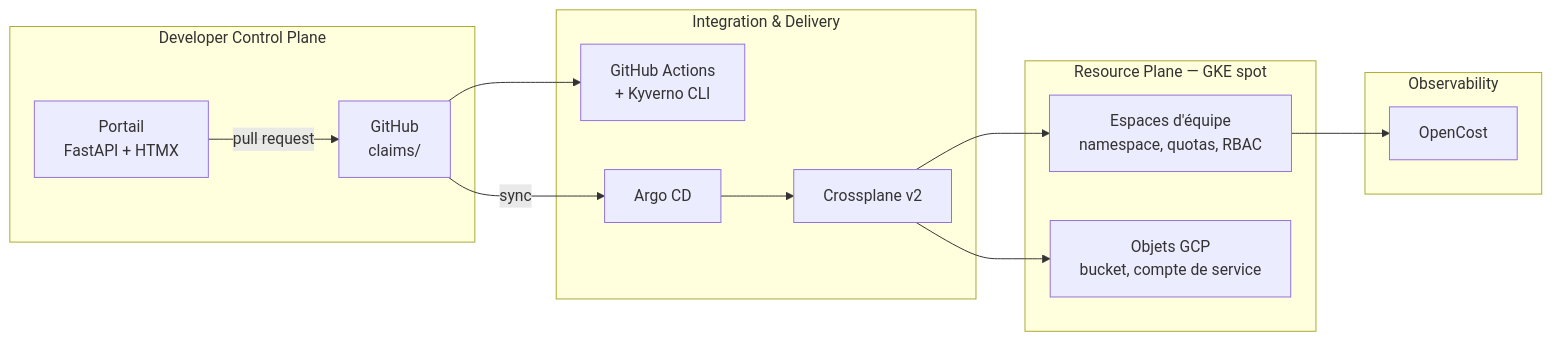
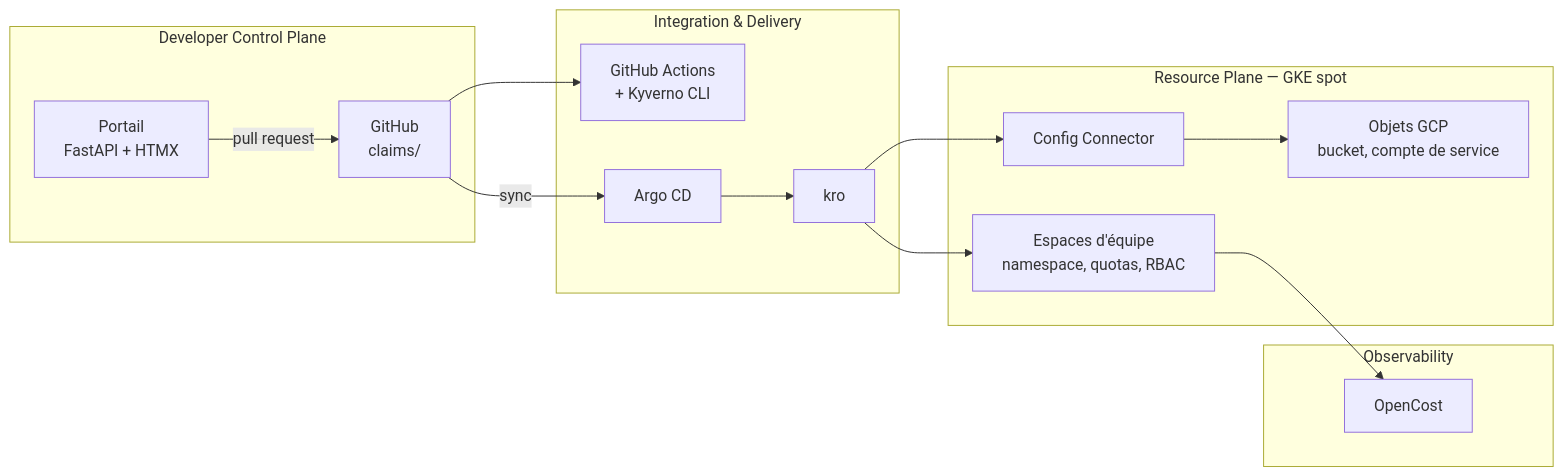
One commit to Shinr0/Shinr0.github.io changed the diagram in content/posts/idp-ephemere/00-plan-de-bataille/index.md. Above: the diagram before and after it, drawn with Mermaid. The commit also changed other lines of this file and 1 other file, not shown here.

Commit message:
docs(blog): episode 0 — kro on top of Config Connector as platform API

```diff
--- a/content/posts/idp-ephemere/00-plan-de-bataille/index.md
+++ b/content/posts/idp-ephemere/00-plan-de-bataille/index.md
@@ -128,30 +143,32 @@
 {{< mermaid >}}
 flowchart LR
   subgraph dev["Developer Control Plane"]
     PORTAL["Portail\nFastAPI + HTMX"]
     GH["GitHub\nclaims/"]
   end
 
   subgraph delivery["Integration & Delivery"]
     CI["GitHub Actions\n+ Kyverno CLI"]
     ARGO["Argo CD"]
-    XP["Crossplane v2"]
+    KRO["kro"]
   end
 
   subgraph resource["Resource Plane — GKE spot"]
     TEAM["Espaces d'équipe\nnamespace, quotas, RBAC"]
+    KCC["Config Connector"]
     GCP["Objets GCP\nbucket, compte de service"]
   end
 
   subgraph obs["Observability"]
     COST["OpenCost"]
   end
 
   PORTAL -->|"pull request"| GH
   GH --> CI
   GH -->|"sync"| ARGO
-  ARGO --> XP
-  XP --> TEAM
-  XP --> GCP
+  ARGO --> KRO
+  KRO --> TEAM
+  KRO --> KCC
+  KCC --> GCP
   TEAM --> COST
 {{< /mermaid >}}
```
